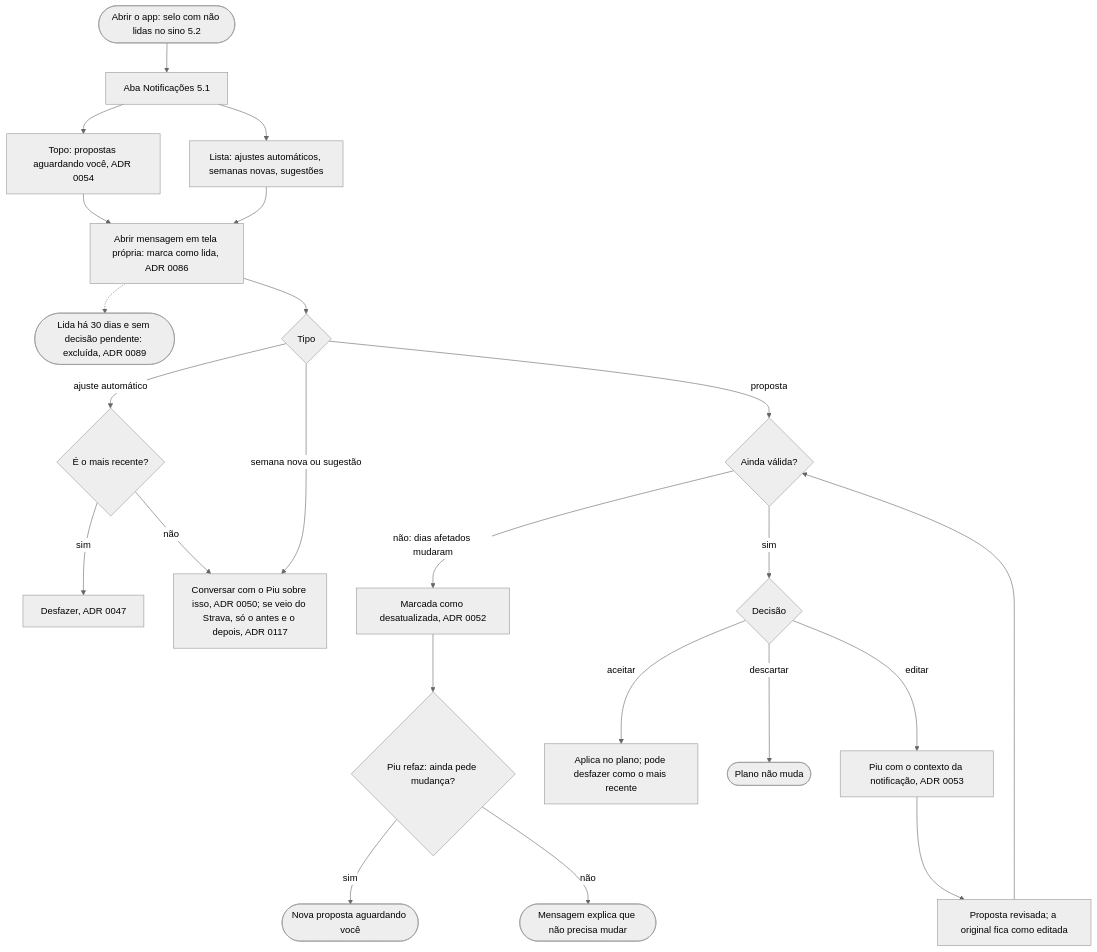
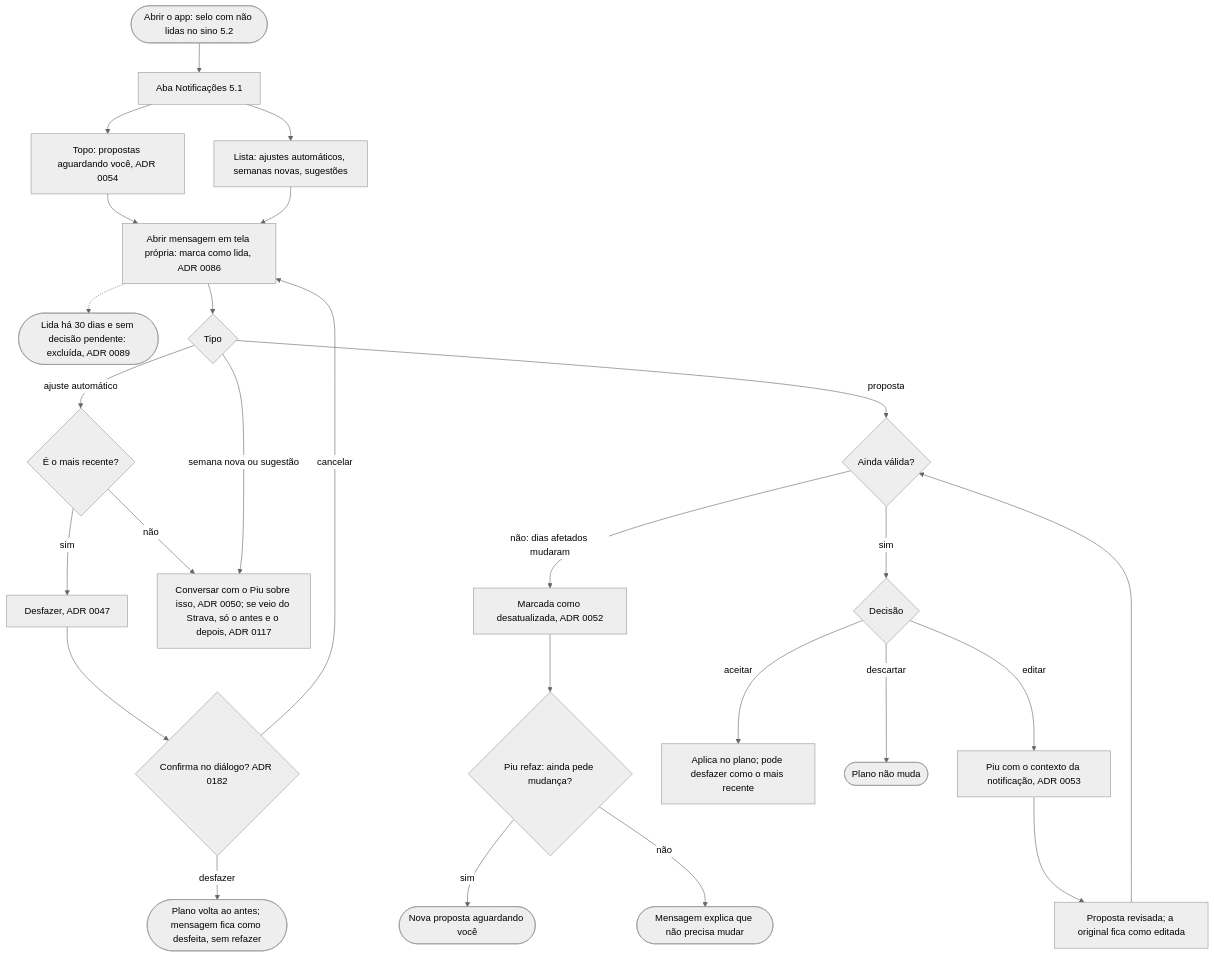
Before and after one commit to cruzvini/app-corrida: the eighth of 11 diagrams in docs/fluxos.md, drawn with Mermaid (neutral theme). The commit also changed 10 other files, not shown here.

````diff
--- a/docs/fluxos.md
+++ b/docs/fluxos.md
@@ -201,25 +201,28 @@
 ```mermaid
 flowchart TD
   A([Abrir o app: selo com não lidas no sino 5.2]) --> B[Aba Notificações 5.1]
   B --> B1[Topo: propostas aguardando você, ADR 0054]
   B --> B2[Lista: ajustes automáticos, semanas novas, sugestões]
   B1 --> M[Abrir mensagem em tela própria: marca como lida, ADR 0086]
   B2 --> M
   M -.-> X([Lida há 30 dias e sem decisão pendente: excluída, ADR 0089])
   M --> T{Tipo}
   T -- ajuste automático --> AJ{É o mais recente?}
   AJ -- sim --> AJ1[Desfazer, ADR 0047]
+  AJ1 --> AJ2{Confirma no diálogo? ADR 0182}
+  AJ2 -- cancelar --> M
+  AJ2 -- desfazer --> AJ3([Plano volta ao antes; mensagem fica como desfeita, sem refazer])
   AJ -- não --> PIU[Conversar com o Piu sobre isso, ADR 0050; se veio do Strava, só o antes e o depois, ADR 0117]
   T -- semana nova ou sugestão --> PIU
   T -- proposta --> P{Ainda válida?}
   P -- não: dias afetados mudaram --> V[Marcada como desatualizada, ADR 0052]
   V --> V1{Piu refaz: ainda pede mudança?}
   V1 -- sim --> NOVA([Nova proposta aguardando você])
   V1 -- não --> V2([Mensagem explica que não precisa mudar])
   P -- sim --> D{Decisão}
   D -- aceitar --> AC[Aplica no plano; pode desfazer como o mais recente]
   D -- descartar --> DS([Plano não muda])
   D -- editar --> ED[Piu com o contexto da notificação, ADR 0053]
   ED --> ED1[Proposta revisada; a original fica como editada]
   ED1 --> P
 ```
````
